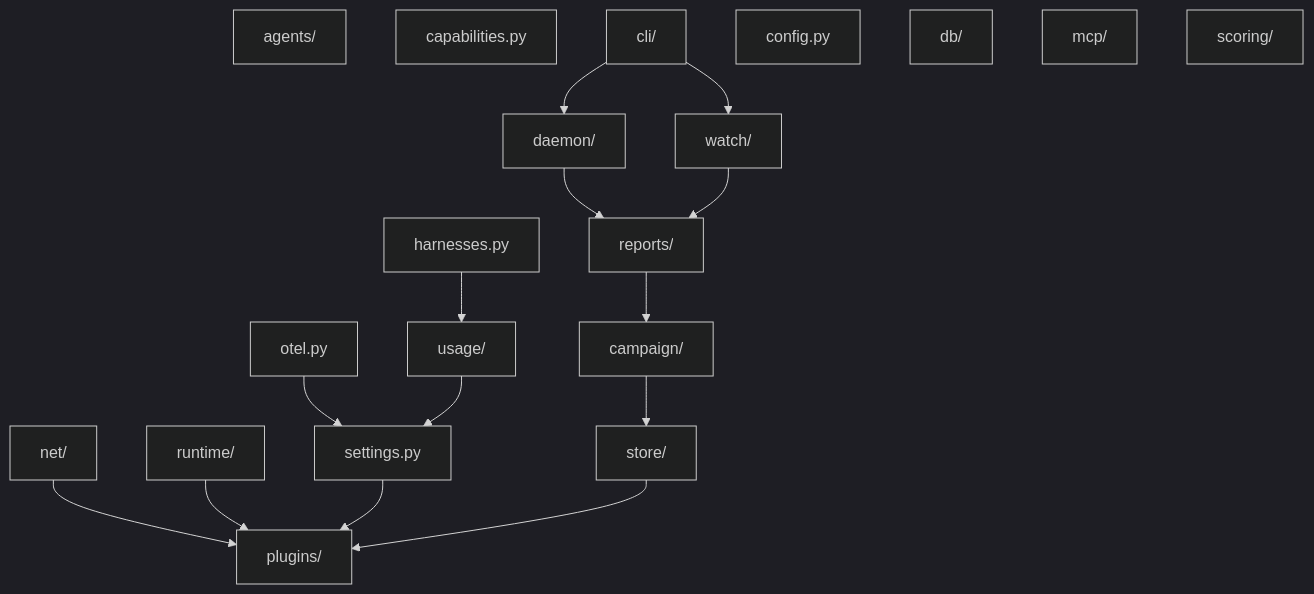
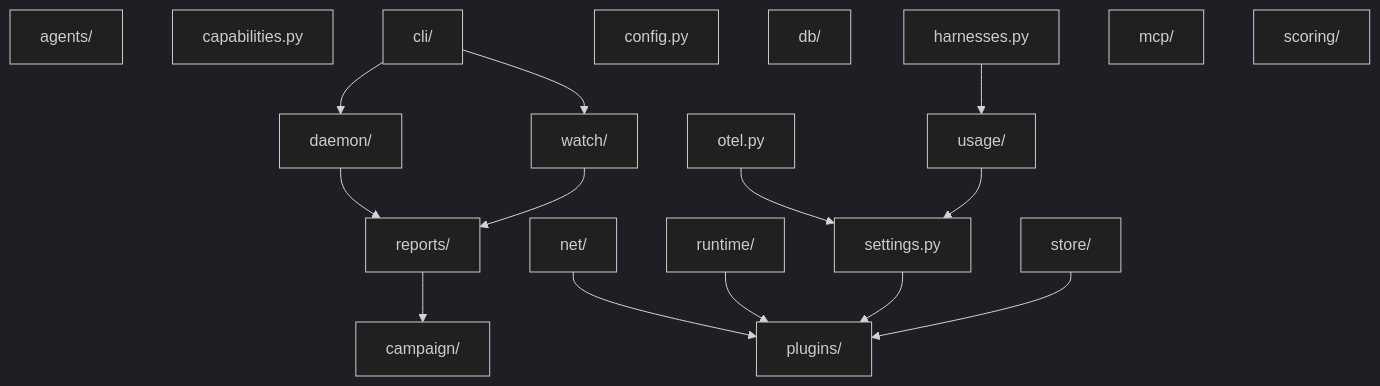
Before and after one commit to VatsaDev/piloop: the diagram in docs/snippets/generated/imports.mdx, drawn with Mermaid (dark theme). The commit also changed other lines of this file and 61 other files, not shown here.

````diff
--- a/docs/snippets/generated/imports.mdx
+++ b/docs/snippets/generated/imports.mdx
@@ -3,35 +3,34 @@
 ```mermaid
 flowchart TB
     agents["agents/"]
     campaign["campaign/"]
     capabilities["capabilities.py"]
     cli["cli/"]
     config["config.py"]
     daemon["daemon/"]
     db["db/"]
     harnesses["harnesses.py"]
     mcp["mcp/"]
     net["net/"]
     otel["otel.py"]
     plugins["plugins/"]
     reports["reports/"]
     runtime["runtime/"]
     scoring["scoring/"]
     settings["settings.py"]
     store["store/"]
     usage["usage/"]
     watch["watch/"]
-    campaign --> store
     cli --> daemon
     cli --> watch
     daemon --> reports
     harnesses --> usage
     net --> plugins
     otel --> settings
     reports --> campaign
     runtime --> plugins
     settings --> plugins
     store --> plugins
     usage --> settings
     watch --> reports
 ```
````
